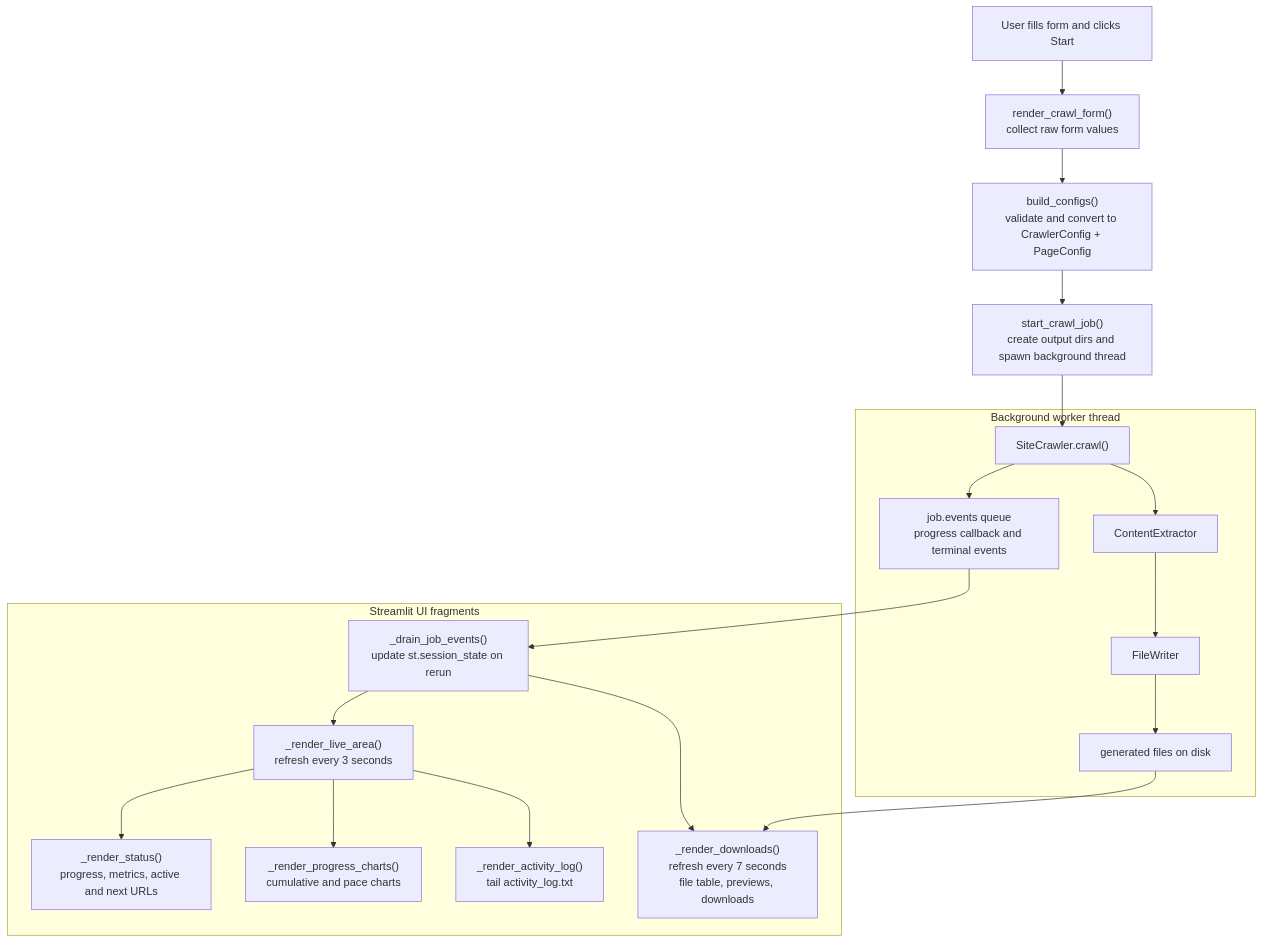
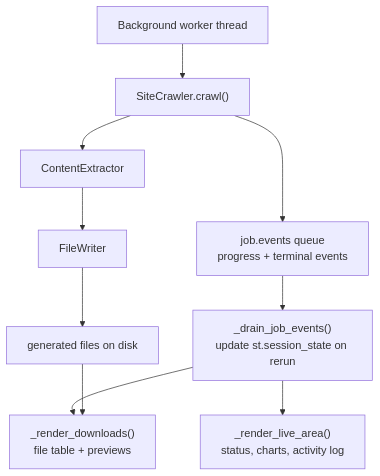
Before and after one commit to prakosd/rag-playground: the seventh of 7 diagrams in apps/streamlit/README.md, drawn with Mermaid. The commit also changed other lines of this file and 1 other file, not shown here.

Commit message:
refactor: update flowchart diagrams for improved clarity and organization in README files

````diff
--- a/apps/streamlit/README.md
+++ b/apps/streamlit/README.md
@@ -327,25 +312,13 @@
 ```mermaid
 flowchart TD
-  User["User fills form and clicks Start"] --> Form["render_crawl_form()<br/>collect raw form values"]
-  Form --> Configs["build_configs()<br/>validate and convert to CrawlerConfig + PageConfig"]
-  Configs --> StartJob["start_crawl_job()<br/>create output dirs and spawn background thread"]
-
-  StartJob --> WorkerCrawl
-  subgraph Worker["Background worker thread"]
-    WorkerCrawl["SiteCrawler.crawl()"] --> WorkerExtract["ContentExtractor"]
-    WorkerExtract --> WorkerWrite["FileWriter"]
-    WorkerWrite --> GeneratedOutput["generated files on disk"]
-    WorkerCrawl --> Events["job.events queue<br/>progress callback and terminal events"]
-  end
+  Worker["Background worker thread"] --> Crawl["SiteCrawler.crawl()"]
+  Crawl --> Extract["ContentExtractor"]
+  Extract --> Write["FileWriter"]
+  Write --> GeneratedOutput["generated files on disk"]
+  Crawl --> Events["job.events queue<br/>progress + terminal events"]
 
   Events --> Drain["_drain_job_events()<br/>update st.session_state on rerun"]
-
-  subgraph LiveUI["Streamlit UI fragments"]
-    Drain --> LiveArea["_render_live_area()<br/>refresh every 3 seconds"]
-    LiveArea --> Status["_render_status()<br/>progress, metrics, active and next URLs"]
-    LiveArea --> Charts["_render_progress_charts()<br/>cumulative and pace charts"]
-    LiveArea --> Log["_render_activity_log()<br/>tail activity_log.txt"]
-    Drain --> Downloads["_render_downloads()<br/>refresh every 7 seconds<br/>file table, previews, downloads"]
-    GeneratedOutput --> Downloads
-  end
+  Drain --> LiveArea["_render_live_area()<br/>status, charts, activity log"]
+  Drain --> Downloads["_render_downloads()<br/>file table + previews"]
+  GeneratedOutput --> Downloads
 ```
````
